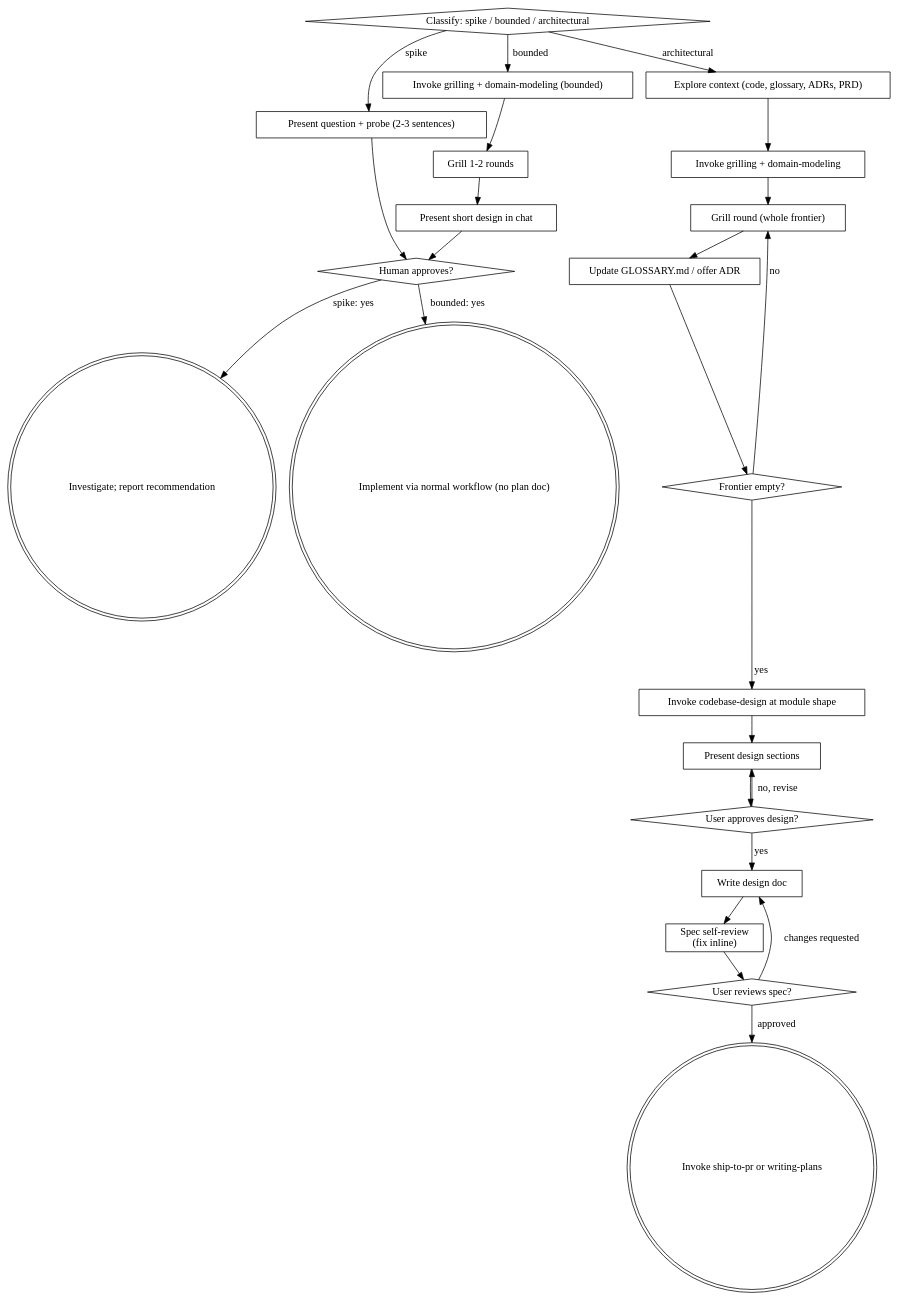
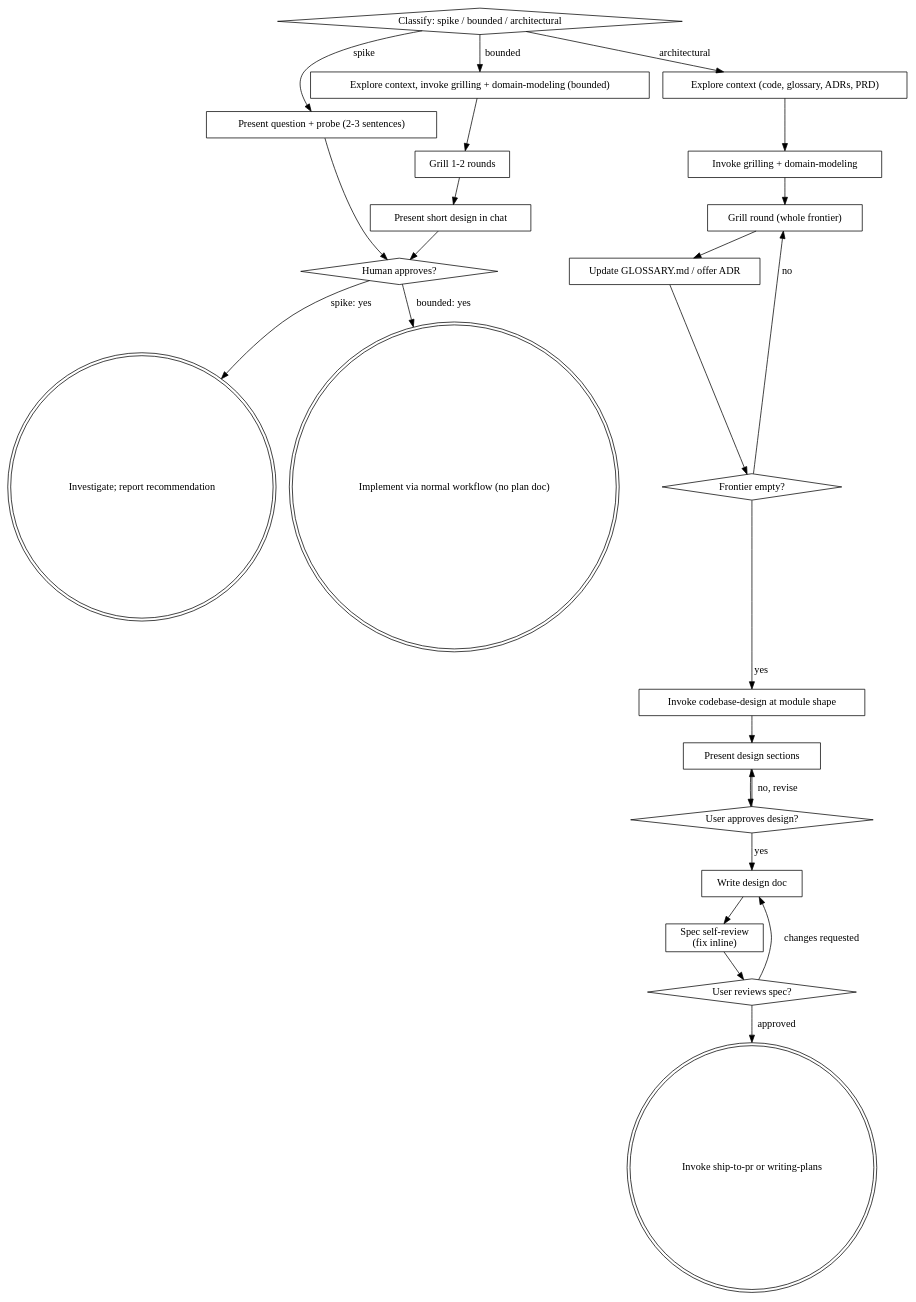
The diagram in skills/brainstorming-with-docs/SKILL.md (marcusleg/mad-poco-powers), drawn with Graphviz before and after one commit. The commit also changed other lines of this file and 8 other files, not shown here.

````diff
--- a/skills/brainstorming-with-docs/SKILL.md
+++ b/skills/brainstorming-with-docs/SKILL.md
@@ -226,48 +226,48 @@
 ```dot
 digraph brainstorming_with_docs {
     "Classify: spike / bounded / architectural" [shape=diamond];
     "Present question + probe (2-3 sentences)" [shape=box];
-    "Invoke grilling + domain-modeling (bounded)" [shape=box];
+    "Explore context, invoke grilling + domain-modeling (bounded)" [shape=box];
     "Grill 1-2 rounds" [shape=box];
     "Present short design in chat" [shape=box];
     "Human approves?" [shape=diamond];
     "Investigate; report recommendation" [shape=doublecircle];
     "Implement via normal workflow (no plan doc)" [shape=doublecircle];
     "Explore context (code, glossary, ADRs, PRD)" [shape=box];
     "Invoke grilling + domain-modeling" [shape=box];
     "Grill round (whole frontier)" [shape=box];
     "Frontier empty?" [shape=diamond];
     "Update GLOSSARY.md / offer ADR" [shape=box];
     "Invoke codebase-design at module shape" [shape=box];
     "Present design sections" [shape=box];
     "User approves design?" [shape=diamond];
     "Write design doc" [shape=box];
     "Spec self-review\n(fix inline)" [shape=box];
     "User reviews spec?" [shape=diamond];
     "Invoke ship-to-pr or writing-plans" [shape=doublecircle];
 
     "Classify: spike / bounded / architectural" -> "Present question + probe (2-3 sentences)" [label="spike"];
-    "Classify: spike / bounded / architectural" -> "Invoke grilling + domain-modeling (bounded)" [label="bounded"];
+    "Classify: spike / bounded / architectural" -> "Explore context, invoke grilling + domain-modeling (bounded)" [label="bounded"];
     "Classify: spike / bounded / architectural" -> "Explore context (code, glossary, ADRs, PRD)" [label="architectural"];
     "Present question + probe (2-3 sentences)" -> "Human approves?";
-    "Invoke grilling + domain-modeling (bounded)" -> "Grill 1-2 rounds";
+    "Explore context, invoke grilling + domain-modeling (bounded)" -> "Grill 1-2 rounds";
     "Grill 1-2 rounds" -> "Present short design in chat";
     "Present short design in chat" -> "Human approves?";
     "Human approves?" -> "Investigate; report recommendation" [label="spike: yes"];
     "Human approves?" -> "Implement via normal workflow (no plan doc)" [label="bounded: yes"];
     "Explore context (code, glossary, ADRs, PRD)" -> "Invoke grilling + domain-modeling";
     "Invoke grilling + domain-modeling" -> "Grill round (whole frontier)";
     "Grill round (whole frontier)" -> "Update GLOSSARY.md / offer ADR";
     "Update GLOSSARY.md / offer ADR" -> "Frontier empty?";
     "Frontier empty?" -> "Grill round (whole frontier)" [label="no"];
     "Frontier empty?" -> "Invoke codebase-design at module shape" [label="yes"];
     "Invoke codebase-design at module shape" -> "Present design sections";
     "Present design sections" -> "User approves design?";
     "User approves design?" -> "Present design sections" [label="no, revise"];
     "User approves design?" -> "Write design doc" [label="yes"];
     "Write design doc" -> "Spec self-review\n(fix inline)";
     "Spec self-review\n(fix inline)" -> "User reviews spec?";
     "User reviews spec?" -> "Write design doc" [label="changes requested"];
     "User reviews spec?" -> "Invoke ship-to-pr or writing-plans" [label="approved"];
 }
 ```
````
